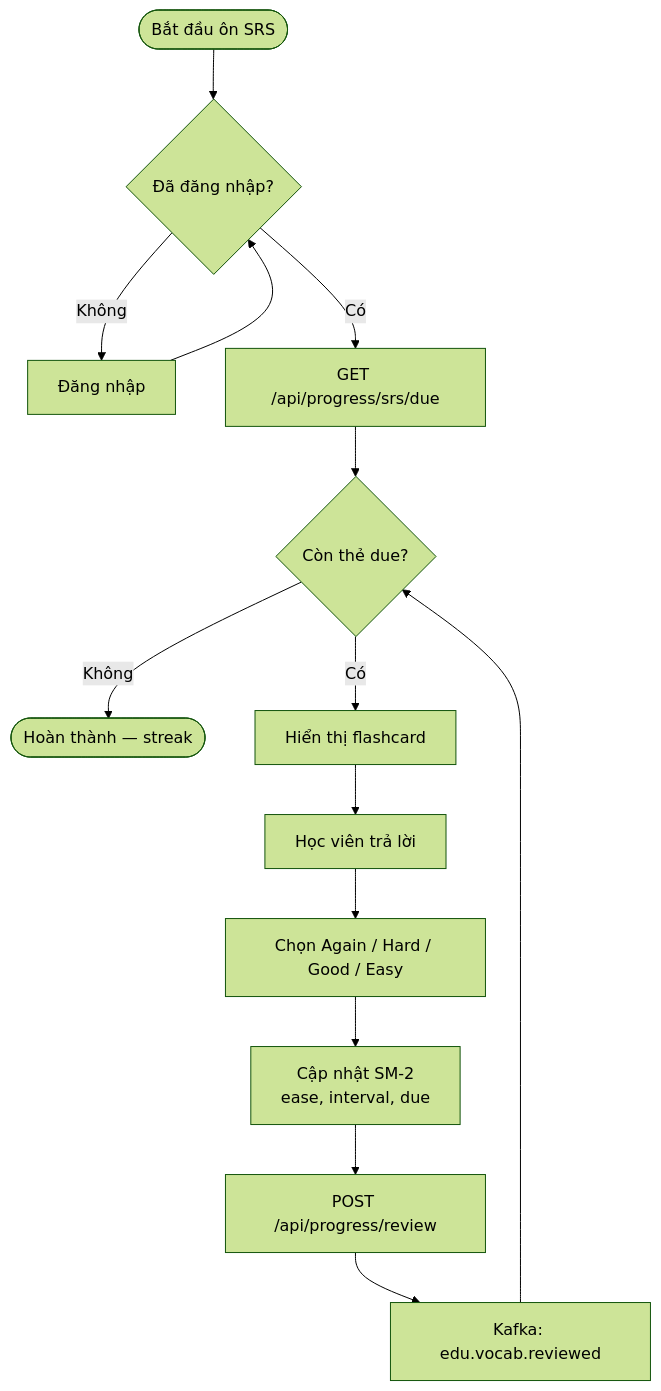
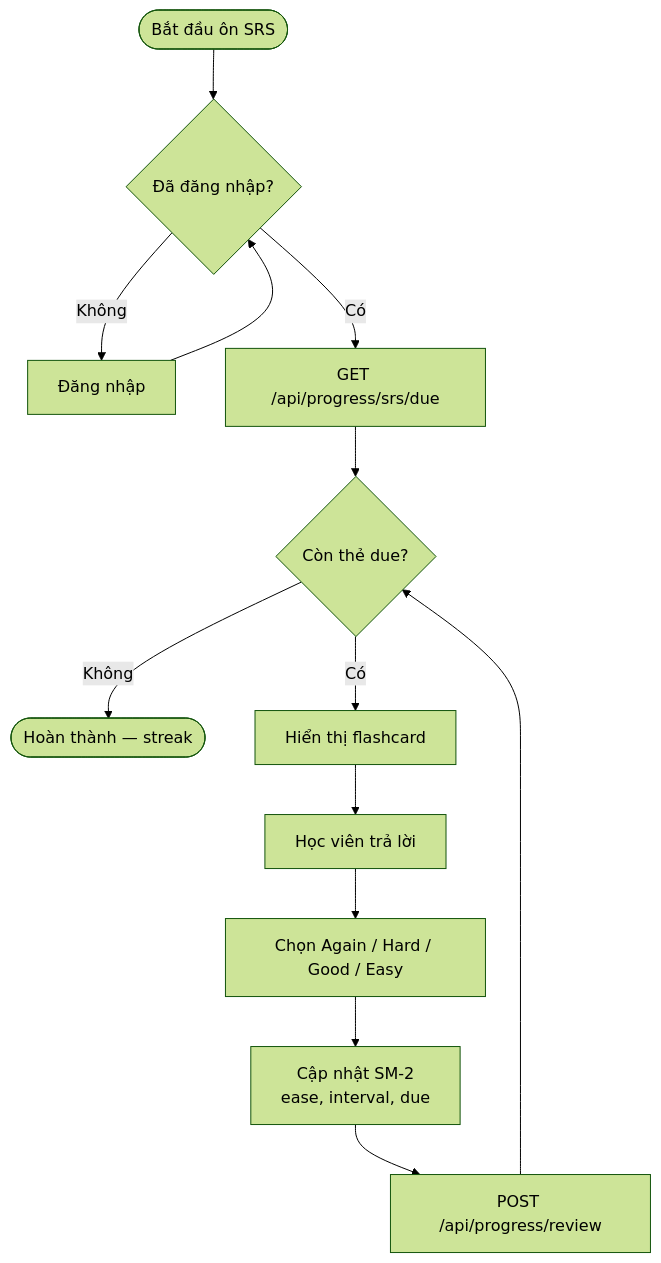
Diagram 12 of 13 in docs/analysis-design.md (letiendungdn/edu-app-nihongo), drawn with Mermaid (forest theme) before and after one commit. The commit also changed 79 other files, not shown here.

````diff
--- a/docs/analysis-design.md
+++ b/docs/analysis-design.md
@@ -460,16 +460,15 @@
 ```mermaid
 flowchart TD
   Start([Bắt đầu ôn SRS]) --> Auth{Đã đăng nhập?}
   Auth -->|Không| Login[Đăng nhập]
   Login --> Auth
   Auth -->|Có| Load[GET /api/progress/srs/due]
   Load --> Empty{Còn thẻ due?}
   Empty -->|Không| Done([Hoàn thành — streak])
   Empty -->|Có| Show[Hiển thị flashcard]
   Show --> Answer[Học viên trả lời]
   Answer --> Rate[Chọn Again / Hard / Good / Easy]
   Rate --> SM2[Cập nhật SM-2<br/>ease, interval, due]
   SM2 --> Save[POST /api/progress/review]
-  Save --> Queue[Kafka: edu.vocab.reviewed]
-  Queue --> Empty
+  Save --> Empty
 ```
````
